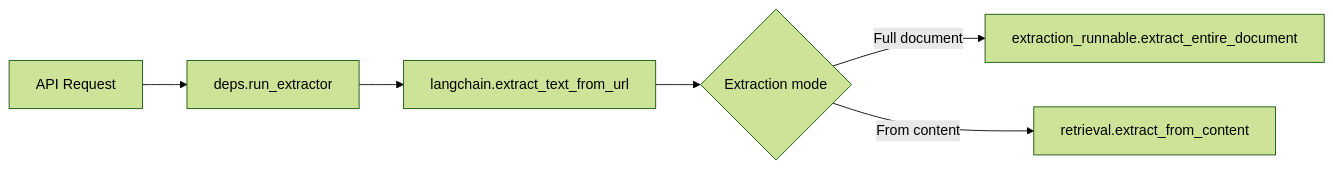
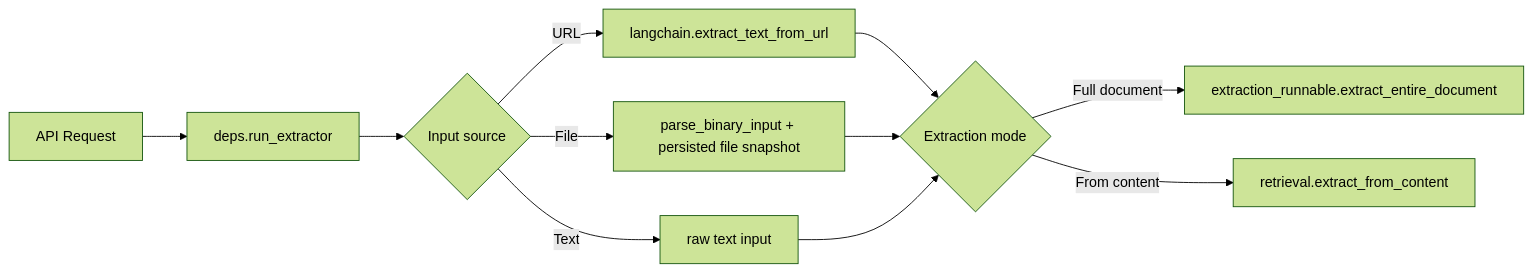
One commit to danphenderson/baldin changed the diagram in docs/docs/architecture/extraction-pipeline.md. Above: the diagram before and after it, drawn with Mermaid (forest theme). The commit also changed other lines of this file and 71 other files, not shown here.

````diff
--- a/docs/docs/architecture/extraction-pipeline.md
+++ b/docs/docs/architecture/extraction-pipeline.md
@@ -15,8 +18,13 @@
 ```mermaid
 flowchart LR
     A["API Request"] --> B["deps.run_extractor"]
-    B --> C["langchain.extract_text_from_url"]
-    C --> D{"Extraction mode"}
-    D -->|"Full document"| E["extraction_runnable.extract_entire_document"]
-    D -->|"From content"| F["retrieval.extract_from_content"]
+    B --> C{"Input source"}
+    C -->|"URL"| D["langchain.extract_text_from_url"]
+    C -->|"File"| E["parse_binary_input + persisted file snapshot"]
+    C -->|"Text"| F["raw text input"]
+    D --> G{"Extraction mode"}
+    E --> G
+    F --> G
+    G -->|"Full document"| H["extraction_runnable.extract_entire_document"]
+    G -->|"From content"| I["retrieval.extract_from_content"]
 ```
````
